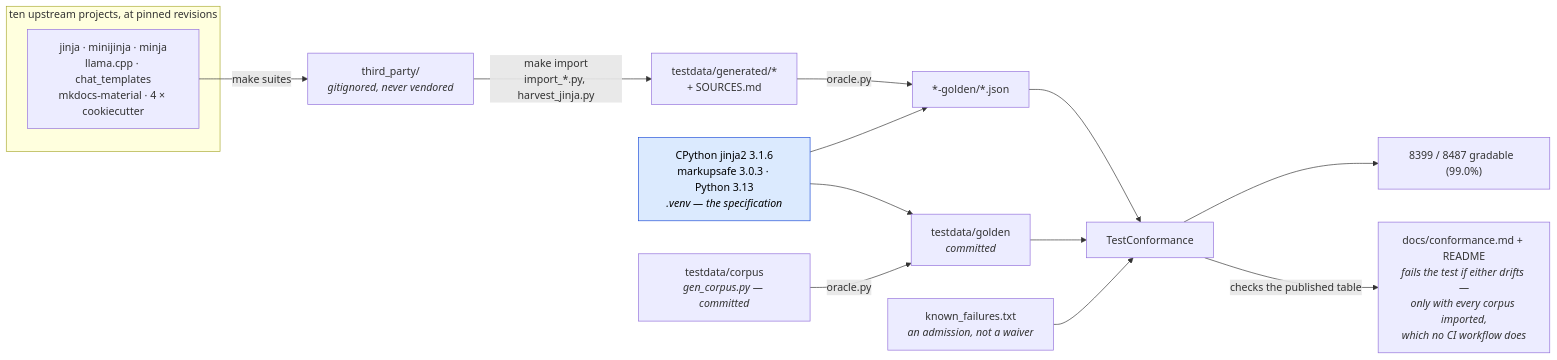
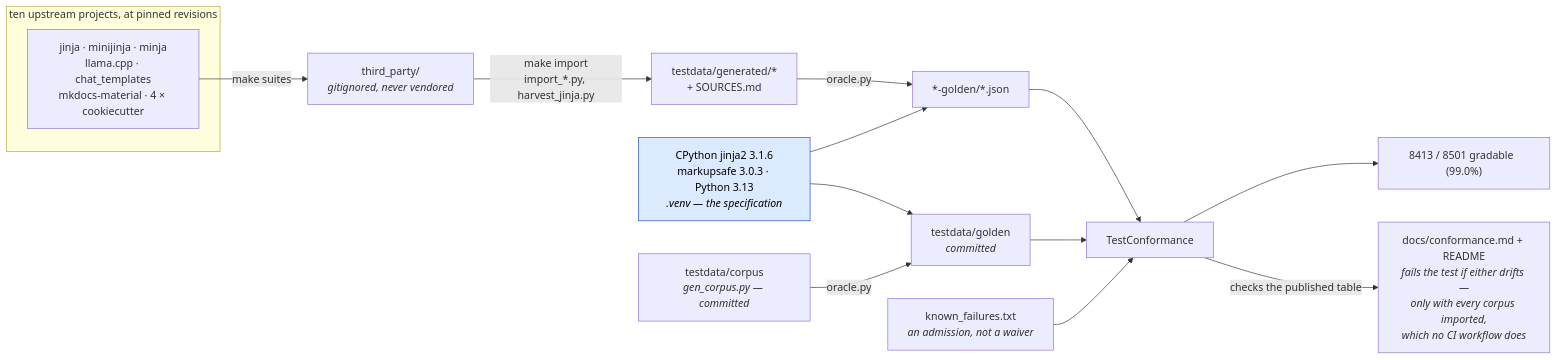
The first of 2 diagrams in docs/conformance.md (mgilbir/gojja2), drawn with Mermaid before and after one commit. The commit also changed other lines of this file and 47 other files, not shown here.

````diff
--- a/docs/conformance.md
+++ b/docs/conformance.md
@@ -17,24 +17,24 @@
 ```mermaid
 flowchart LR
     subgraph up["ten upstream projects, at pinned revisions"]
         U1["jinja · minijinja · minja<br/>llama.cpp · chat_templates<br/>mkdocs-material · 4 × cookiecutter"]
     end
     U1 -->|"make suites"| TP["third_party/<br/><i>gitignored, never vendored</i>"]
     TP -->|"make import<br/>import_*.py, harvest_jinja.py"| GEN["testdata/generated/*<br/>+ SOURCES.md"]
 
     ORA["CPython jinja2 3.1.6<br/>markupsafe 3.0.3 · Python 3.13<br/><i>.venv — the specification</i>"]
     GEN -->|"oracle.py"| G2["*-golden/*.json"]
     ORA --> G2
 
     OWN["testdata/corpus<br/><i>gen_corpus.py — committed</i>"] -->|"oracle.py"| G1["testdata/golden<br/><i>committed</i>"]
     ORA --> G1
 
     G1 --> TC["TestConformance"]
     G2 --> TC
     KF["known_failures.txt<br/><i>an admission, not a waiver</i>"] --> TC
-    TC --> RATE["8399 / 8487 gradable  (99.0%)"]
+    TC --> RATE["8413 / 8501 gradable  (99.0%)"]
     TC -->|"checks the published table"| RM["docs/conformance.md + README<br/><i>fails the test if either drifts —<br/>only with every corpus imported,<br/>which no CI workflow does</i>"]
 
     classDef spec fill:#dbeafe,stroke:#1d4ed8,color:#000
     class ORA spec
 ```
````
